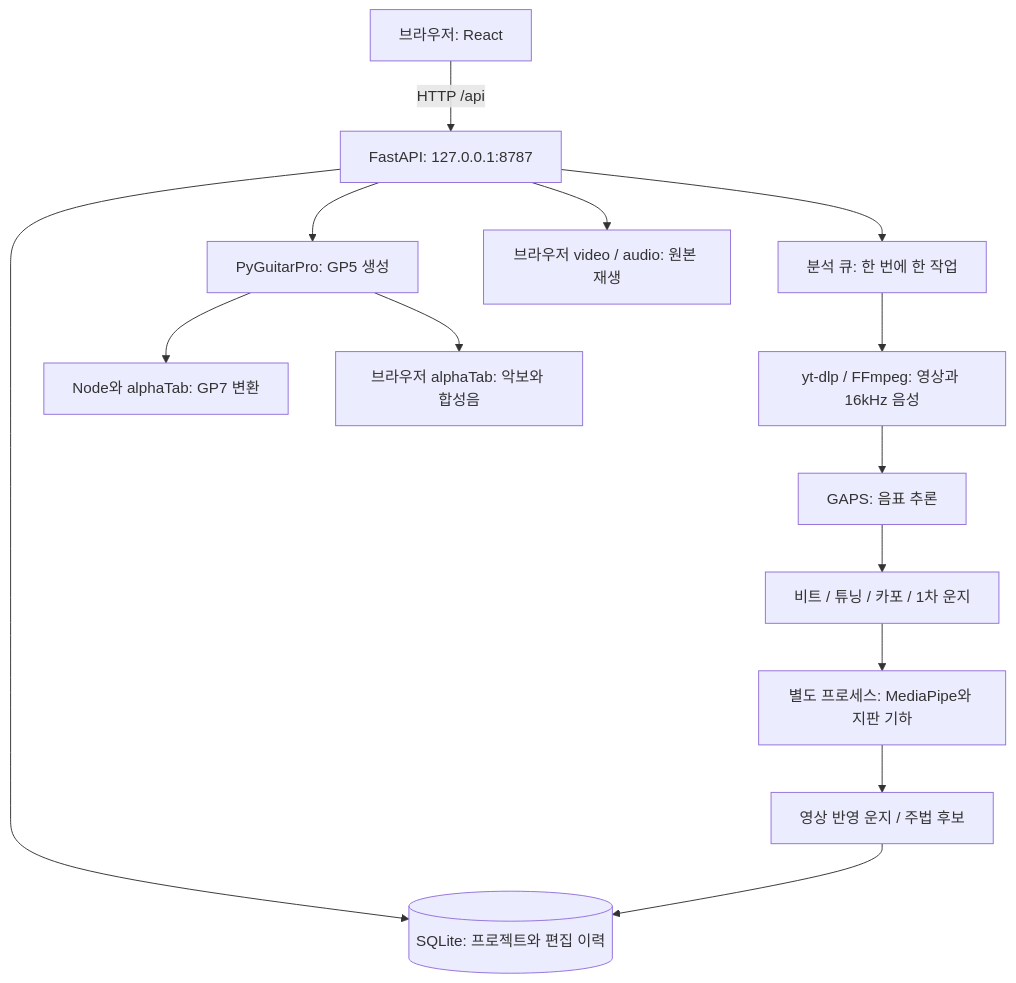
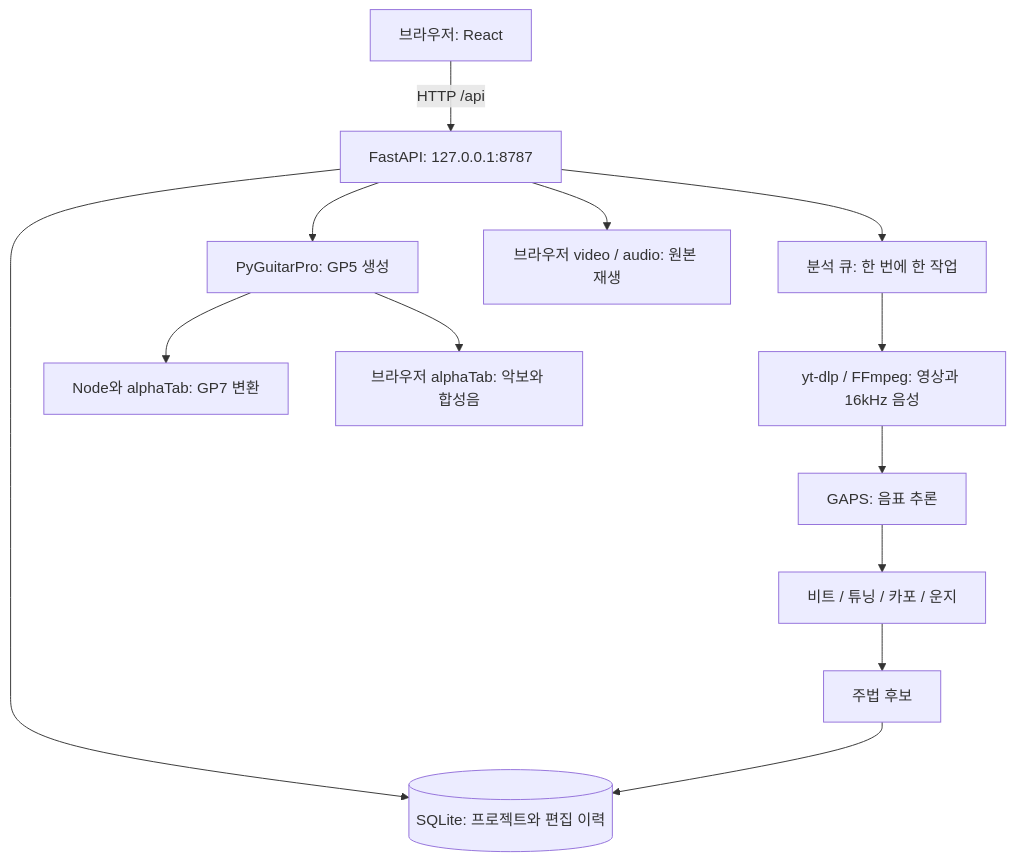
One commit to hyuunnn/TabSight changed the first of 2 diagrams in docs/architecture.md. Above: the diagram before and after it, drawn with Mermaid. The commit also changed other lines of this file and 20 other files, not shown here.

````diff
--- a/docs/architecture.md
+++ b/docs/architecture.md
@@ -9,16 +9,15 @@
 ```mermaid
 flowchart TD
     U[브라우저: React] -->|HTTP /api| A[FastAPI: 127.0.0.1:8787]
     A --> D[(SQLite: 프로젝트와 편집 이력)]
     A --> Q[분석 큐: 한 번에 한 작업]
     Q --> M[yt-dlp / FFmpeg: 영상과 16kHz 음성]
     M --> G[GAPS: 음표 추론]
-    G --> B[비트 / 튜닝 / 카포 / 1차 운지]
-    B --> V[별도 프로세스: MediaPipe와 지판 기하]
-    V --> F[영상 반영 운지 / 주법 후보]
+    G --> B[비트 / 튜닝 / 카포 / 운지]
+    B --> F[주법 후보]
     F --> D
     A --> E[PyGuitarPro: GP5 생성]
     E --> N[Node와 alphaTab: GP7 변환]
     E --> S[브라우저 alphaTab: 악보와 합성음]
     A --> P[브라우저 video / audio: 원본 재생]
 ```
````
